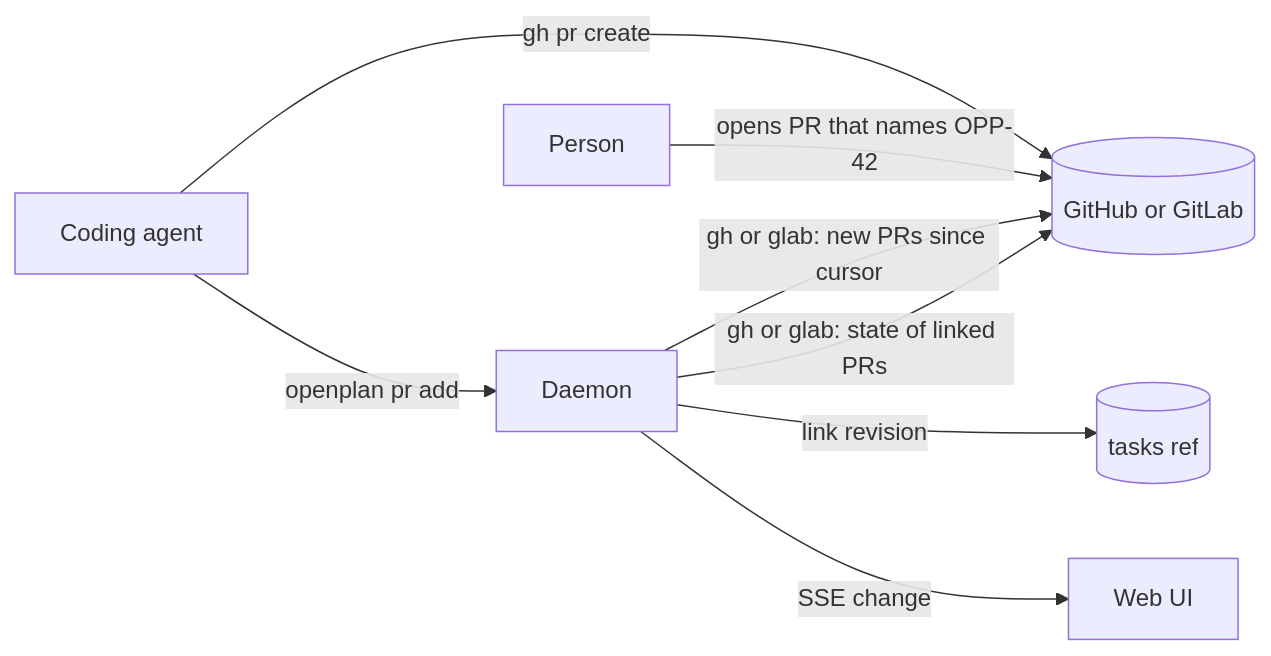
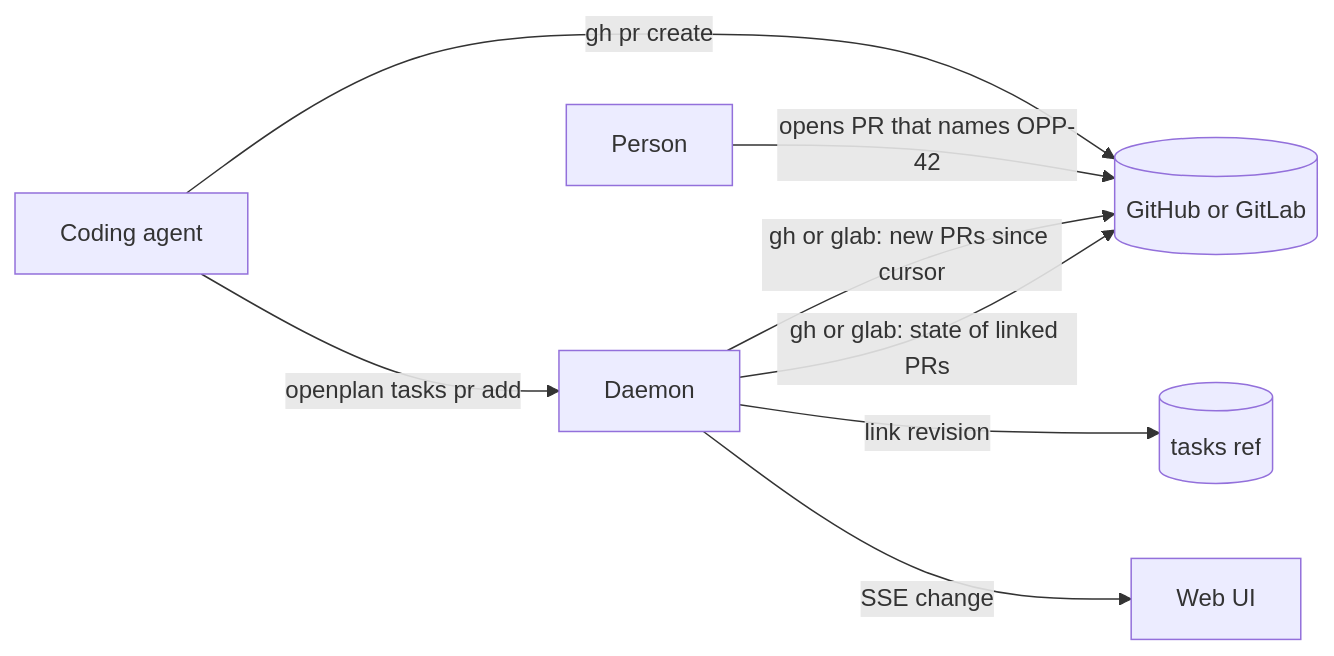
One commit to sukovanej/openplan changed the second of 2 diagrams in tasks/00136-track-the-pull-requests-and-merg.md. Above: the diagram before and after it, drawn with Mermaid. The commit also changed other lines of this file, not shown here.

````diff
--- a/tasks/00136-track-the-pull-requests-and-merg.md
+++ b/tasks/00136-track-the-pull-requests-and-merg.md
@@ -91,10 +90,10 @@
 ```mermaid
 flowchart LR
   agent[Coding agent] -->|gh pr create| forge[(GitHub or GitLab)]
-  agent -->|openplan pr add| daemon[Daemon]
+  agent -->|openplan tasks pr add| daemon[Daemon]
   person[Person] -->|opens PR that names OPP-42| forge
   daemon -->|gh or glab: new PRs since cursor| forge
   daemon -->|gh or glab: state of linked PRs| forge
   daemon -->|link revision| tasks[(tasks ref)]
   daemon -->|SSE change| web[Web UI]
 ```
````
